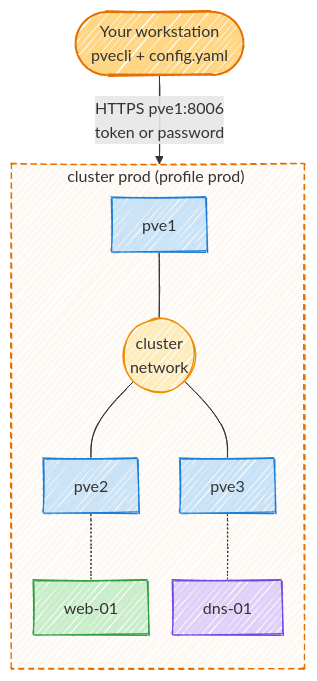
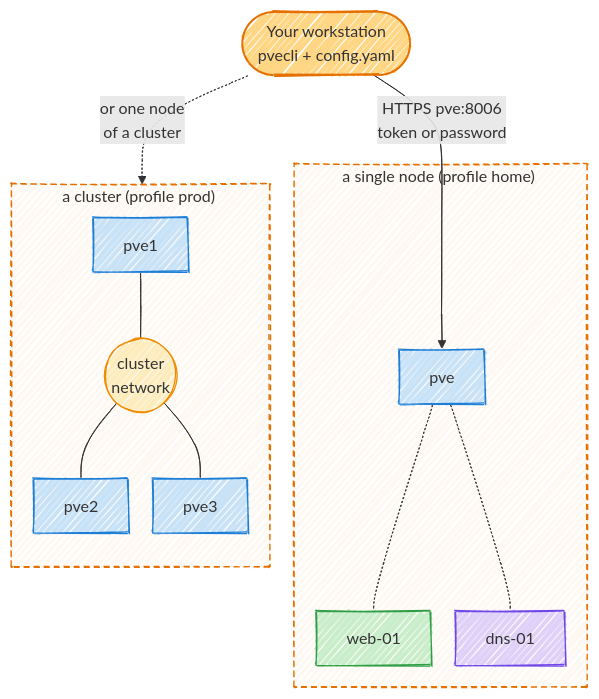
One commit to Helphyy/pvecli changed the diagram in docs/start/index.md. Above: the diagram before and after it, drawn with Mermaid. The commit also changed other lines of this file, not shown here.

Commit message:
Show a single node first in Getting started, a cluster beside it
Most people start with one node: the sketch showed a cluster only, and
the text spoke of a cluster only.

````diff
--- a/docs/start/index.md
+++ b/docs/start/index.md
@@ -15,29 +15,33 @@
 ```mermaid
 ---
 config:
   look: handDrawn
   flowchart:
     curve: basis
     nodeSpacing: 22
     rankSpacing: 40
 ---
 flowchart TB
   you(["Your workstation<br/>pvecli + config.yaml"]):::pv
-  you -- "HTTPS pve1:8006<br/>token or password" --> p1
-  subgraph prod ["cluster prod (profile prod)#nbsp;"]
+  you -- "HTTPS pve:8006<br/>token or password" --> solo
+  you -. "or one node<br/>of a cluster" .-> p1
+  subgraph home ["a single node (profile home)#nbsp;"]
+    solo["pve"]:::host
+    solo -.- vm1["web-01"]:::vm
+    solo -.- ct1["dns-01"]:::ct
+  end
+  subgraph prod ["a cluster (profile prod)#nbsp;"]
     direction TB
     p1["pve1"]:::host --- lan(("cluster<br/>network")):::net
     lan --- p2["pve2"]:::host
     lan --- p3["pve3"]:::host
-    p2 -.- vm1["web-01"]:::vm
-    p3 -.- ct1["dns-01"]:::ct
   end
 
   classDef pv fill:#ffae0b80,stroke:#e57000,stroke-width:2px
   classDef host fill:#4dabf74d,stroke:#1c7ed6
   classDef vm fill:#51cf664d,stroke:#2f9e44
   classDef ct fill:#9775fa4d,stroke:#7048e8
   classDef net fill:#fcc41940,stroke:#f08c00
   classDef zone fill:#e570000d,stroke:#e57000,stroke-dasharray:6 4
-  class prod zone
+  class home,prod zone
 ```
````
